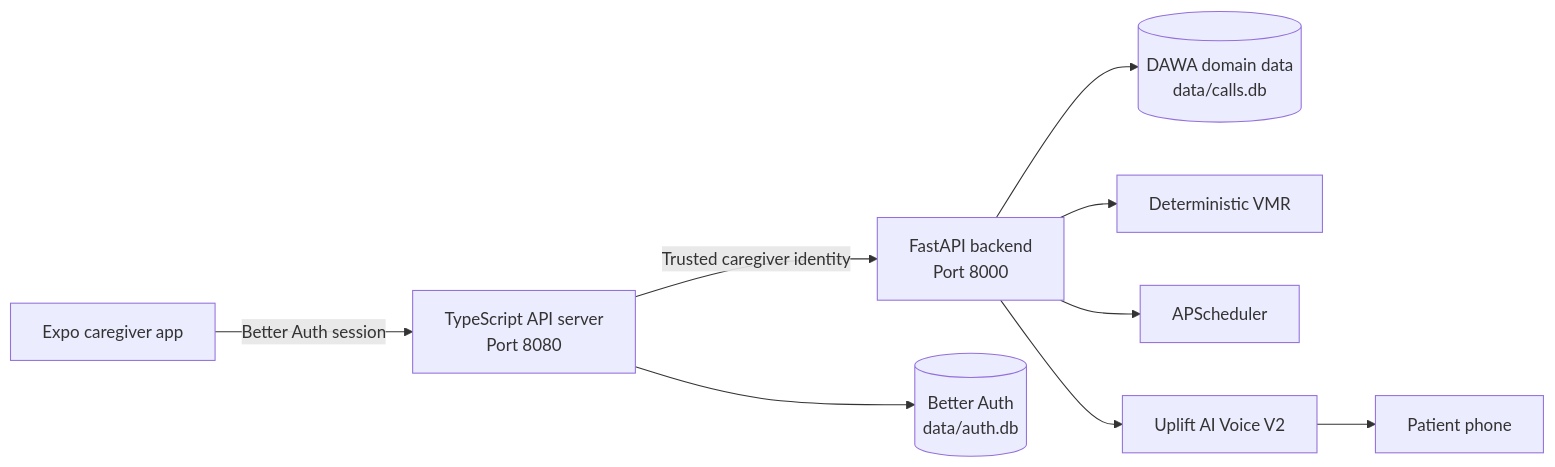
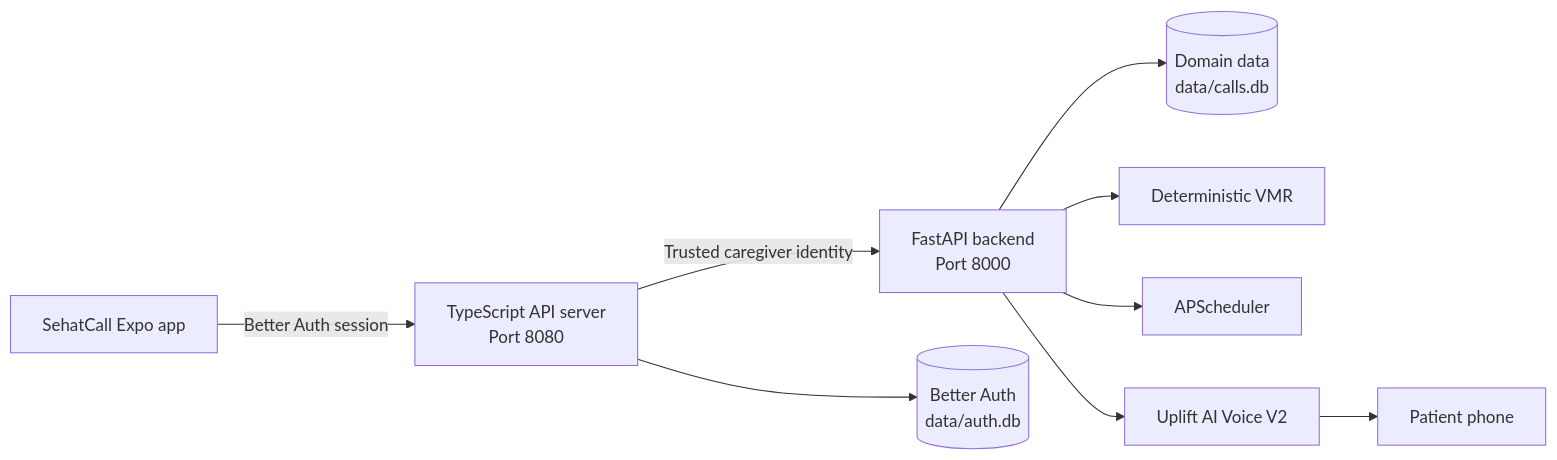
Before and after one commit to Ahmadhassan30/SehatCall: the diagram in README.md, drawn with Mermaid. The commit also changed other lines of this file and 22 other files, not shown here.

Commit message:
feat: rebrand DAWA as SehatCall

````diff
--- a/README.md
+++ b/README.md
@@ -78,11 +78,11 @@
 ```mermaid
 flowchart LR
-    A[Expo caregiver app] -->|Better Auth session| B[TypeScript API server<br/>Port 8080]
+    A[SehatCall Expo app] -->|Better Auth session| B[TypeScript API server<br/>Port 8080]
     B -->|Trusted caregiver identity| C[FastAPI backend<br/>Port 8000]
     B --> D[(Better Auth<br/>data/auth.db)]
-    C --> E[(DAWA domain data<br/>data/calls.db)]
+    C --> E[(Domain data<br/>data/calls.db)]
     C --> F[Deterministic VMR]
     C --> G[APScheduler]
     C --> H[Uplift AI Voice V2]
     H --> I[Patient phone]
 ```
````
